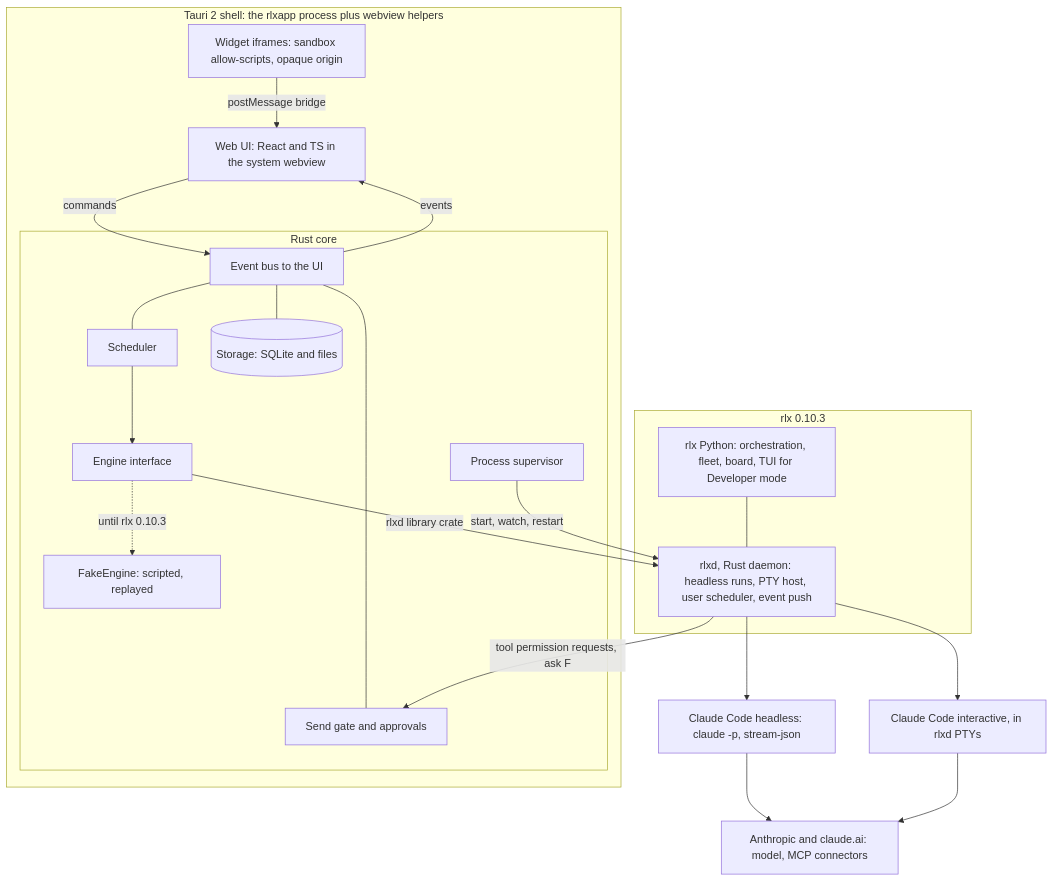
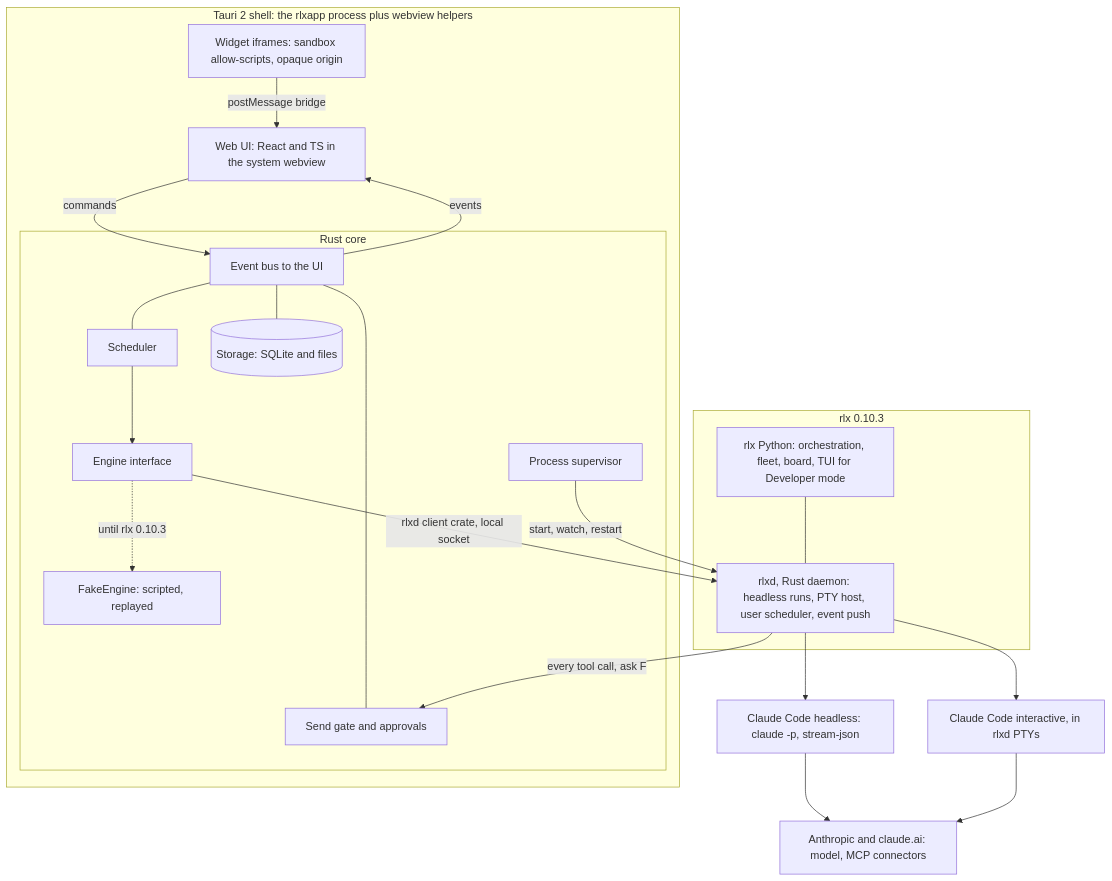
The first of 2 diagrams in docs/architecture.md (AISquare-Studio/rlxapp), drawn with Mermaid before and after one commit. The commit also changed other lines of this file, not shown here.

````diff
--- a/docs/architecture.md
+++ b/docs/architecture.md
@@ -27,40 +27,40 @@
 ```mermaid
 flowchart TB
   subgraph APP["Tauri 2 shell: the rlxapp process plus webview helpers"]
     UI["Web UI: React and TS in the system webview"]
     WID["Widget iframes: sandbox allow-scripts, opaque origin"]
     subgraph CORE["Rust core"]
       BUS["Event bus to the UI"]
       SUP["Process supervisor"]
       SCH["Scheduler"]
       GATE["Send gate and approvals"]
       STO[("Storage: SQLite and files")]
       ENG["Engine interface"]
       FAKE["FakeEngine: scripted, replayed"]
     end
   end
   subgraph RLX["rlx 0.10.3"]
     RLXD["rlxd, Rust daemon: headless runs, PTY host, user scheduler, event push"]
     PY["rlx Python: orchestration, fleet, board, TUI for Developer mode"]
   end
   CC["Claude Code headless: claude -p, stream-json"]
   CCI["Claude Code interactive, in rlxd PTYs"]
   CLOUD["Anthropic and claude.ai: model, MCP connectors"]
 
   UI -->|"commands"| BUS
   BUS -->|"events"| UI
   WID -->|"postMessage bridge"| UI
   BUS --- SCH
   BUS --- GATE
   BUS --- STO
   SCH --> ENG
   ENG -.->|"until rlx 0.10.3"| FAKE
-  ENG -->|"rlxd library crate"| RLXD
+  ENG -->|"rlxd client crate, local socket"| RLXD
   SUP -->|"start, watch, restart"| RLXD
   PY --- RLXD
   RLXD --> CC
   RLXD --> CCI
   CC --> CLOUD
   CCI --> CLOUD
-  RLXD -->|"tool permission requests, ask F"| GATE
+  RLXD -->|"every tool call, ask F"| GATE
 ```
````
